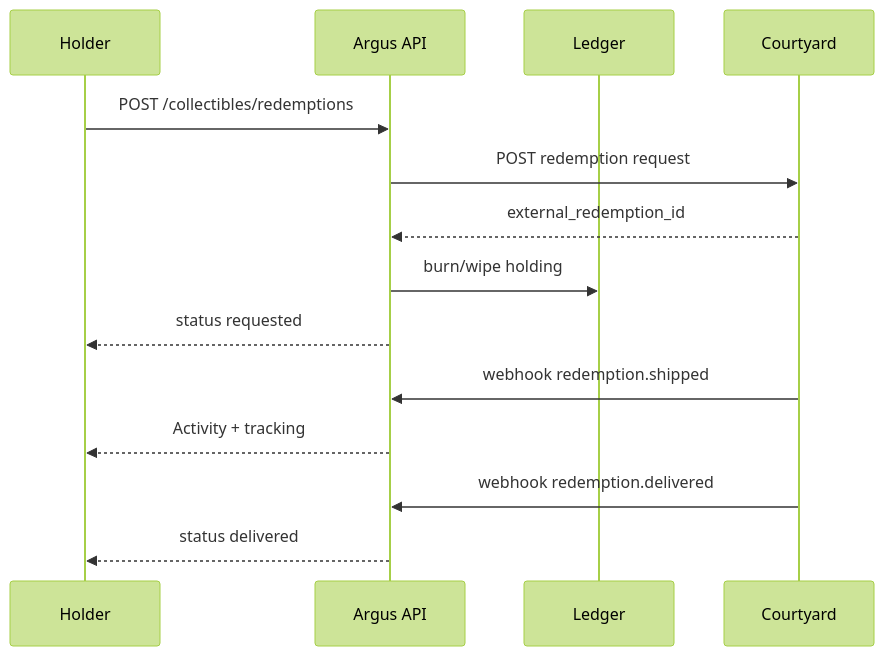
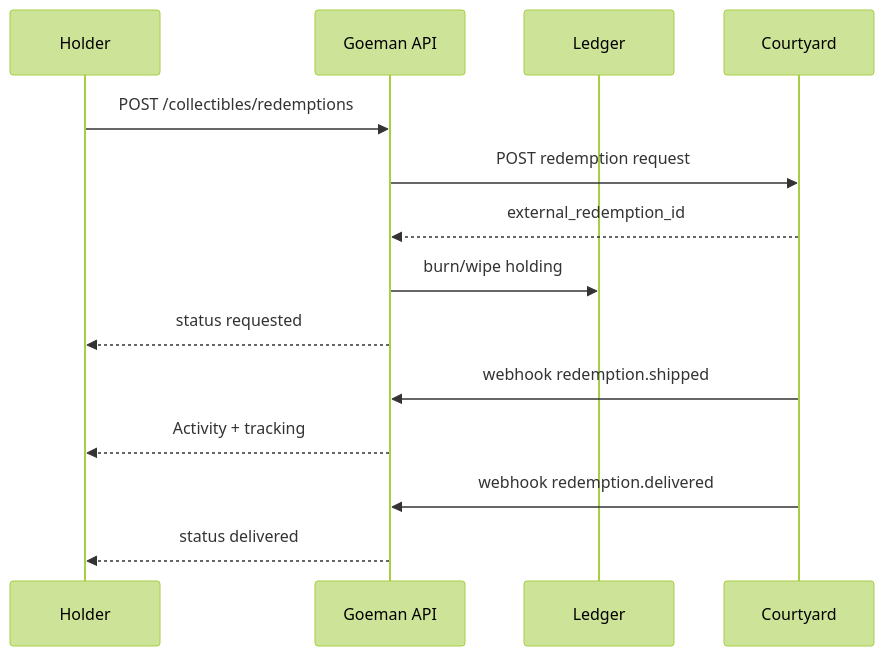
The third of 3 diagrams in docs/integrations/COURTYARD-INTEGRATION.md (c1cromwell/goemon), drawn with Mermaid (forest theme) before and after one commit. The commit also changed other lines of this file and 263 other files, not shown here.

````diff
--- a/docs/integrations/COURTYARD-INTEGRATION.md
+++ b/docs/integrations/COURTYARD-INTEGRATION.md
@@ -360,17 +360,17 @@
 ```mermaid
 sequenceDiagram
   participant U as Holder
-  participant A as Argus API
+  participant A as Goeman API
   participant L as Ledger
   participant C as Courtyard
 
   U->>A: POST /collectibles/redemptions
   A->>C: POST redemption request
   C-->>A: external_redemption_id
   A->>L: burn/wipe holding
   A-->>U: status requested
   C->>A: webhook redemption.shipped
   A-->>U: Activity + tracking
   C->>A: webhook redemption.delivered
   A-->>U: status delivered
 ```
````
